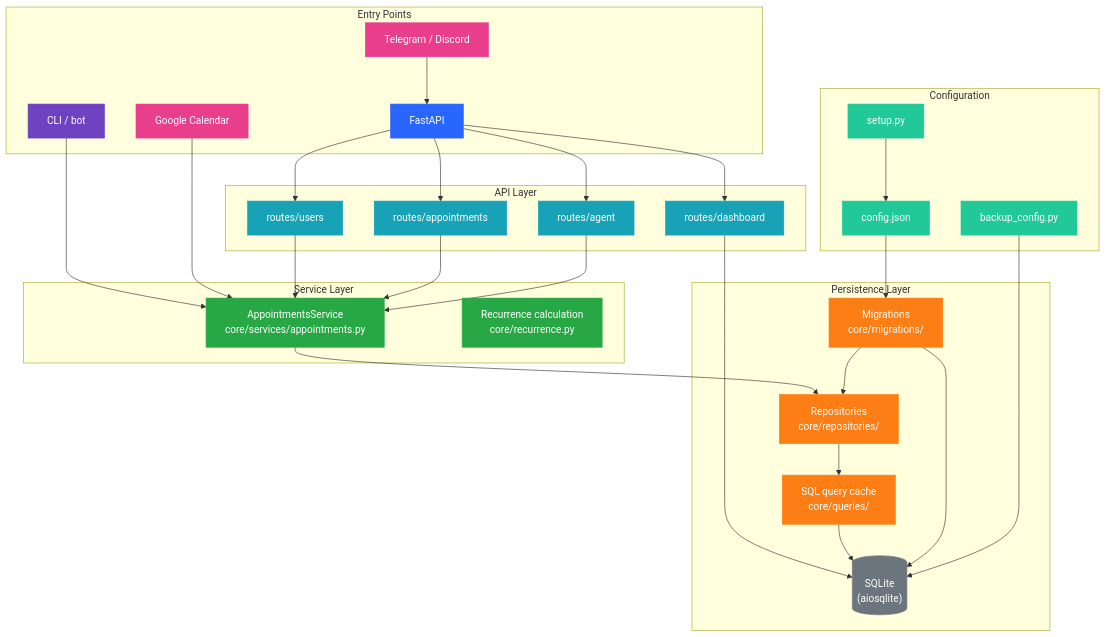
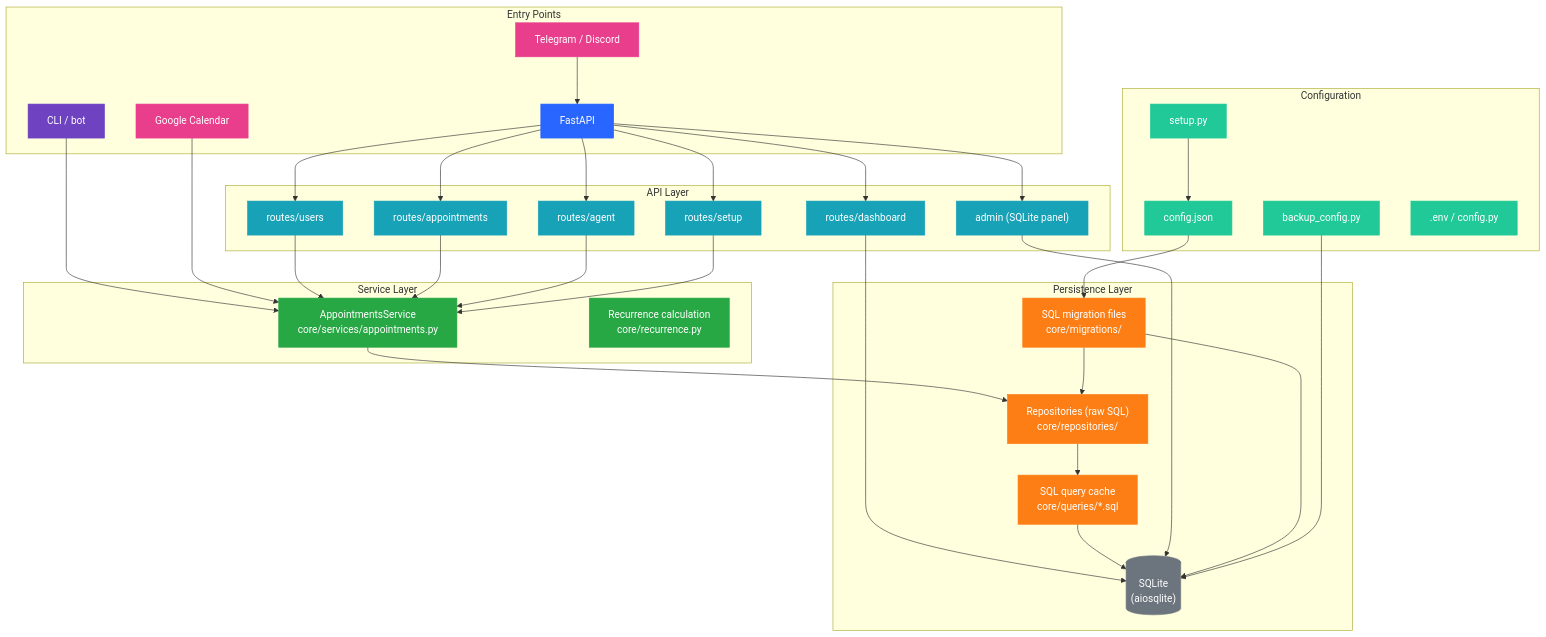
Before and after one commit to LucasOlivieri/micro-appointments: the diagram in README.md, drawn with Mermaid. The commit also changed other lines of this file and 2 other files, not shown here.

````diff
--- a/README.md
+++ b/README.md
@@ -22,56 +24,60 @@
 ```mermaid
 flowchart TD
     subgraph EntryPoints["Entry Points"]
         A[FastAPI]:::fastapi
         B[CLI / bot]:::bot
         C[Telegram / Discord]:::integration
         D[Google Calendar]:::integration
     end
 
     subgraph API["API Layer"]
         R1["routes/users"]:::route
         R2["routes/appointments"]:::route
         R3["routes/dashboard"]:::route
         R4["routes/agent"]:::route
+        R5["routes/setup"]:::route
+        Admin["admin (SQLite panel)"]:::route
     end
 
     subgraph Service["Service Layer"]
         S["AppointmentsService<br/>core/services/appointments.py"]:::service
         M["Recurrence calculation<br/>core/recurrence.py"]:::service
     end
 
     subgraph Persistence["Persistence Layer"]
-        Repo["Repositories<br/>core/repositories/"]:::repo
-        Queries["SQL query cache<br/>core/queries/"]:::repo
-        Migrations["Migrations<br/>core/migrations/"]:::repo
+        Repo["Repositories (raw SQL)<br/>core/repositories/"]:::repo
+        Queries["SQL query cache<br/>core/queries/*.sql"]:::repo
+        Migrations["SQL migration files<br/>core/migrations/"]:::repo
         DB[("SQLite<br/>(aiosqlite)")]:::db
     end
 
     subgraph Config["Configuration"]
         CFG["config.json"]:::config
         Setup["setup.py"]:::config
         Backup["backup_config.py"]:::config
+        Env[".env / config.py"]:::config
     end
 
-    A --> R1 & R2 & R3 & R4
+    A --> R1 & R2 & R3 & R4 & R5 & Admin
     B --> S
     C --> A
     D --> S
-    R1 & R2 & R4 --> S
+    R1 & R2 & R4 & R5 --> S
     R3 --> DB
     S --> Repo
     Repo --> Queries --> DB
+    Admin --> DB
     CFG --> Migrations --> DB
     Migrations --> Repo
     Setup --> CFG
     Backup --> DB
 
     classDef fastapi fill:#2965FF,color:#fff,stroke:#2965FF
     classDef bot fill:#6f42c1,color:#fff,stroke:#6f42c1
     classDef integration fill:#e83e8c,color:#fff,stroke:#e83e8c
     classDef route fill:#17a2b8,color:#fff,stroke:#17a2b8
     classDef service fill:#28a745,color:#fff,stroke:#28a745
     classDef repo fill:#fd7e14,color:#fff,stroke:#fd7e14
     classDef db fill:#6c757d,color:#fff,stroke:#6c757d
     classDef config fill:#20c997,color:#fff,stroke:#20c997
 ```
````
